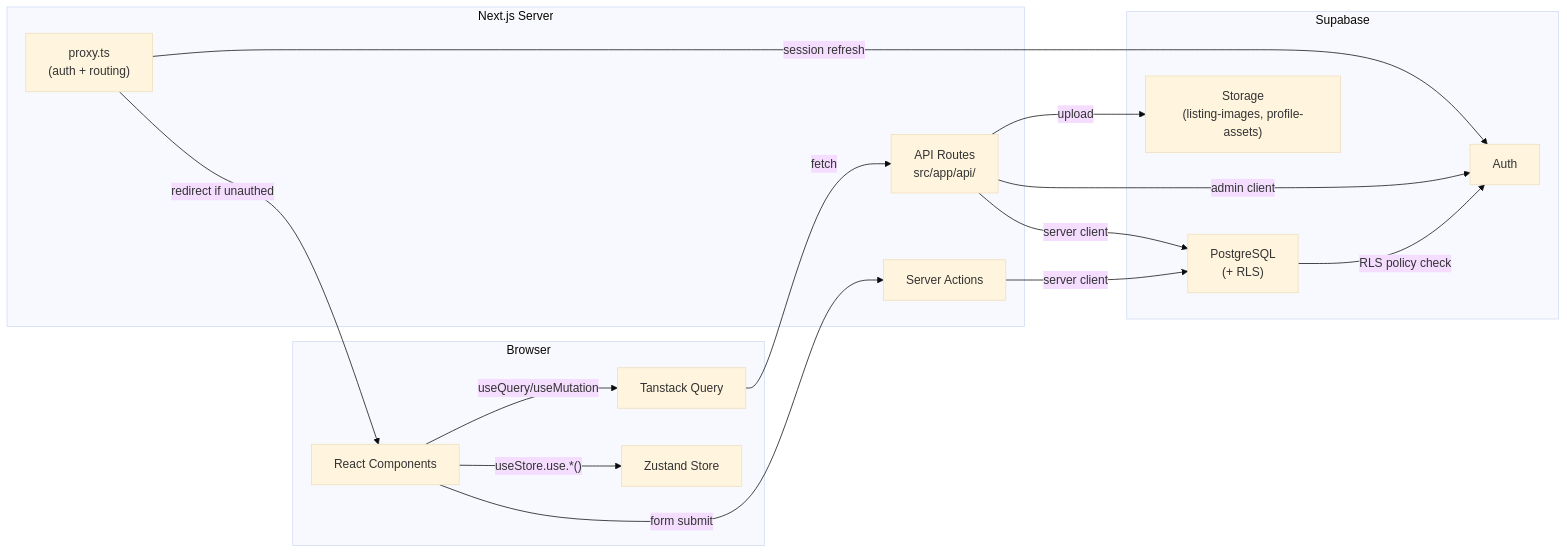
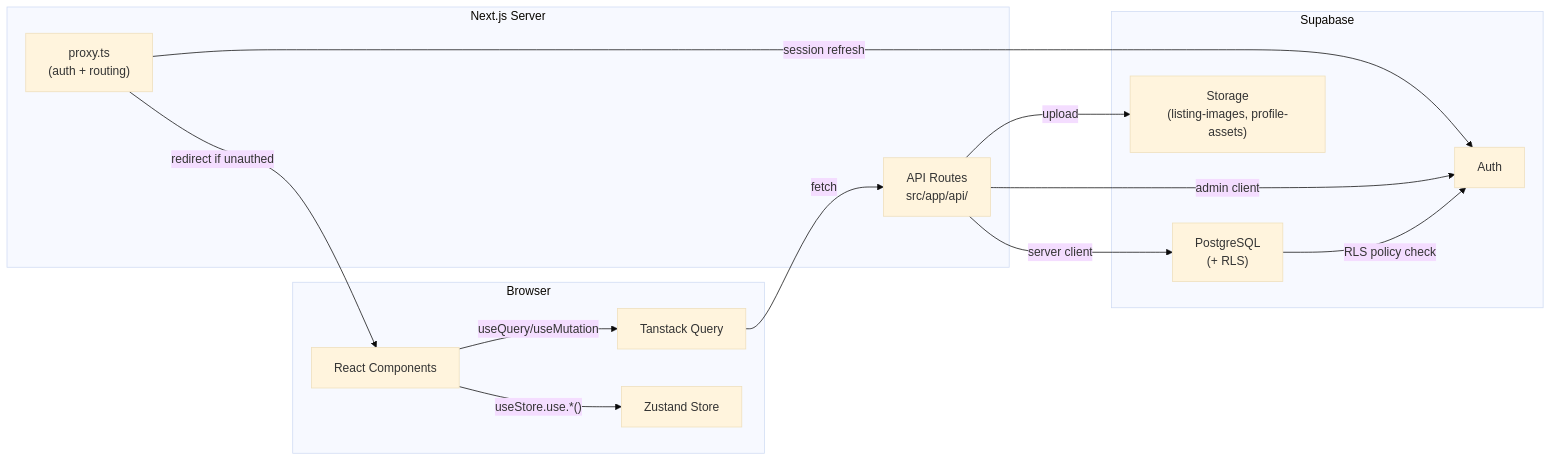
One commit to Nessi-Fishing-Supply/Nessi-Web-App changed the diagram in docs/diagrams/data-flow.md. Above: the diagram before and after it, drawn with Mermaid (base theme). The commit also changed 8 other files, not shown here.

First line of the commit message:
feat: add architecture diagram extraction system

````diff
--- a/docs/diagrams/data-flow.md
+++ b/docs/diagrams/data-flow.md
@@ -5,32 +5,29 @@
 ```mermaid
 flowchart LR
     subgraph CLIENT["Browser"]
         UI["React Components"]
         TQ["Tanstack Query"]
         ZS["Zustand Store"]
     end
 
     subgraph SERVER["Next.js Server"]
         API["API Routes<br/>src/app/api/"]
-        SA["Server Actions"]
         PX["proxy.ts<br/>(auth + routing)"]
     end
 
     subgraph SUPABASE["Supabase"]
         AUTH["Auth"]
         DB["PostgreSQL<br/>(+ RLS)"]
         STOR["Storage<br/>(listing-images, profile-assets)"]
     end
 
     UI -->|"useQuery/useMutation"| TQ
     UI -->|"useStore.use.*()"| ZS
     TQ -->|"fetch"| API
-    UI -->|"form submit"| SA
     PX -->|"session refresh"| AUTH
     PX -->|"redirect if unauthed"| UI
     API -->|"server client"| DB
     API -->|"admin client"| AUTH
-    SA -->|"server client"| DB
     API -->|"upload"| STOR
     DB -->|"RLS policy check"| AUTH
 ```
````
